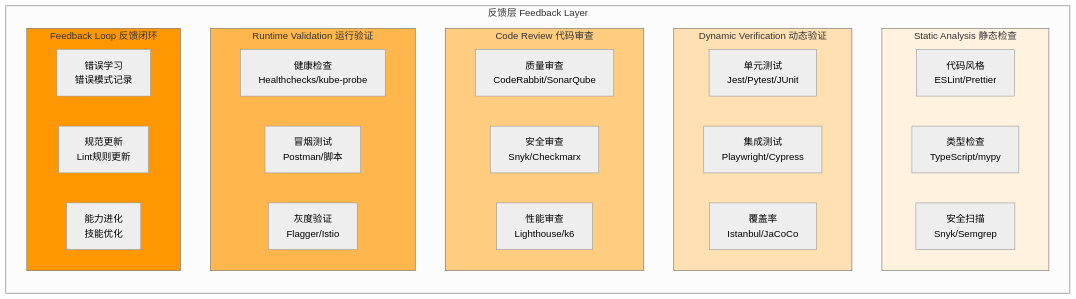
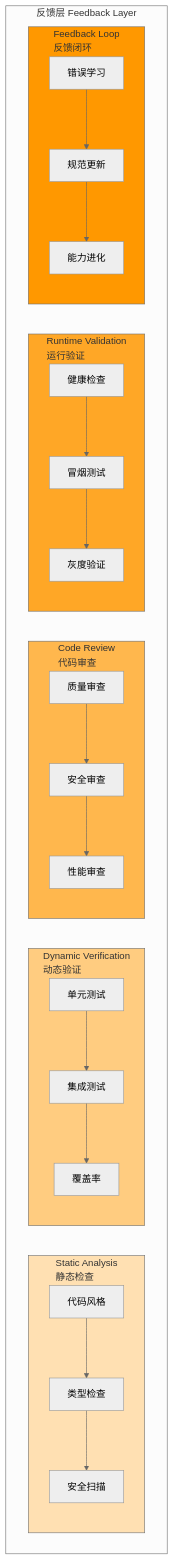
One commit to yves960/articles changed the fourth of 7 diagrams in articles/ai-assisted-dev-toolmap.md. Above: the diagram before and after it, drawn with Mermaid (neutral theme). The commit also changed other lines of this file, not shown here.

````diff
--- a/articles/ai-assisted-dev-toolmap.md
+++ b/articles/ai-assisted-dev-toolmap.md
@@ -318,42 +310,45 @@
 ```mermaid
 graph TB
     subgraph Feedback["反馈层 Feedback Layer"]
-        direction TB
-        
-        subgraph Static["Static Analysis 静态检查"]
-            SA1[代码风格<br/>ESLint/Prettier]
-            SA2[类型检查<br/>TypeScript/mypy]
-            SA3[安全扫描<br/>Snyk/Semgrep]
+        subgraph Static["Static Analysis<br/>静态检查"]
+            SA1[代码风格]
+            SA2[类型检查]
+            SA3[安全扫描]
+            SA1 --> SA2 --> SA3
         end
         
-        subgraph Dynamic["Dynamic Verification 动态验证"]
-            DV1[单元测试<br/>Jest/Pytest/JUnit]
-            DV2[集成测试<br/>Playwright/Cypress]
-            DV3[覆盖率<br/>Istanbul/JaCoCo]
+        subgraph Dynamic["Dynamic Verification<br/>动态验证"]
+            DV1[单元测试]
+            DV2[集成测试]
+            DV3[覆盖率]
+            DV1 --> DV2 --> DV3
         end
         
-        subgraph Review["Code Review 代码审查"]
-            CR1[质量审查<br/>CodeRabbit/SonarQube]
-            CR2[安全审查<br/>Snyk/Checkmarx]
-            CR3[性能审查<br/>Lighthouse/k6]
+        subgraph Review["Code Review<br/>代码审查"]
+            CR1[质量审查]
+            CR2[安全审查]
+            CR3[性能审查]
+            CR1 --> CR2 --> CR3
         end
         
-        subgraph Runtime["Runtime Validation 运行验证"]
-            RV1[健康检查<br/>Healthchecks/kube-probe]
-            RV2[冒烟测试<br/>Postman/脚本]
-            RV3[灰度验证<br/>Flagger/Istio]
+        subgraph Runtime["Runtime Validation<br/>运行验证"]
+            RV1[健康检查]
+            RV2[冒烟测试]
+            RV3[灰度验证]
+            RV1 --> RV2 --> RV3
         end
         
-        subgraph Loop["Feedback Loop 反馈闭环"]
-            FL1[错误学习<br/>错误模式记录]
-            FL2[规范更新<br/>Lint规则更新]
-            FL3[能力进化<br/>技能优化]
+        subgraph Loop["Feedback Loop<br/>反馈闭环"]
+            FL1[错误学习]
+            FL2[规范更新]
+            FL3[能力进化]
+            FL1 --> FL2 --> FL3
         end
     end
     
-    style Static fill:#fff3e0
-    style Dynamic fill:#ffe0b2
-    style Review fill:#ffcc80
-    style Runtime fill:#ffb74d
+    style Static fill:#ffe0b2
+    style Dynamic fill:#ffcc80
+    style Review fill:#ffb74d
+    style Runtime fill:#ffa726
     style Loop fill:#ff9800
 ```
````
